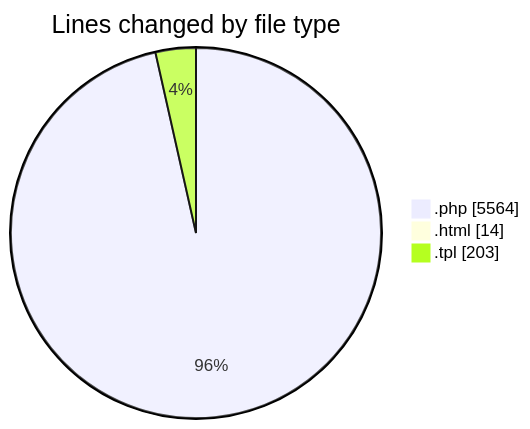
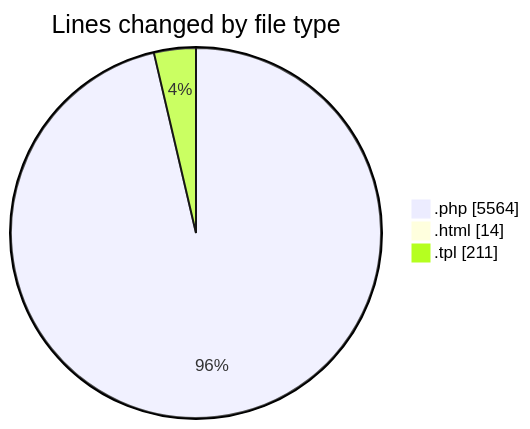
One commit to vahidmafi/code-tracking changed the first of 2 diagrams in 2025-09-13/shop/README.md. Above: the diagram before and after it, drawn with Mermaid. The commit also changed other lines of this file and 1 other file, not shown here.

````diff
--- a/2025-09-13/shop/README.md
+++ b/2025-09-13/shop/README.md
@@ -25,7 +25,7 @@
 ```mermaid
 pie showData
 title Lines changed by file type
 ".php" : 5564
 ".html" : 14
-".tpl" : 203
+".tpl" : 211
 ```
````
